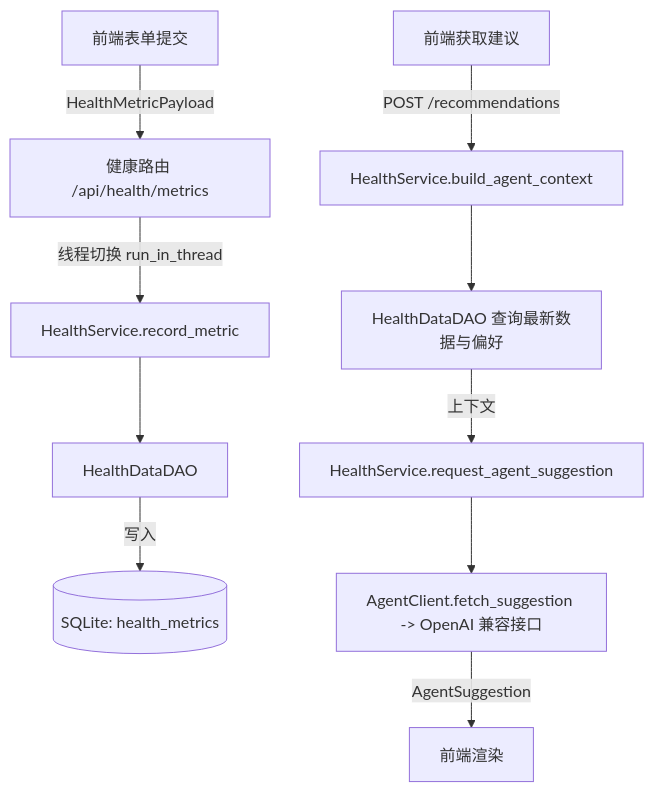
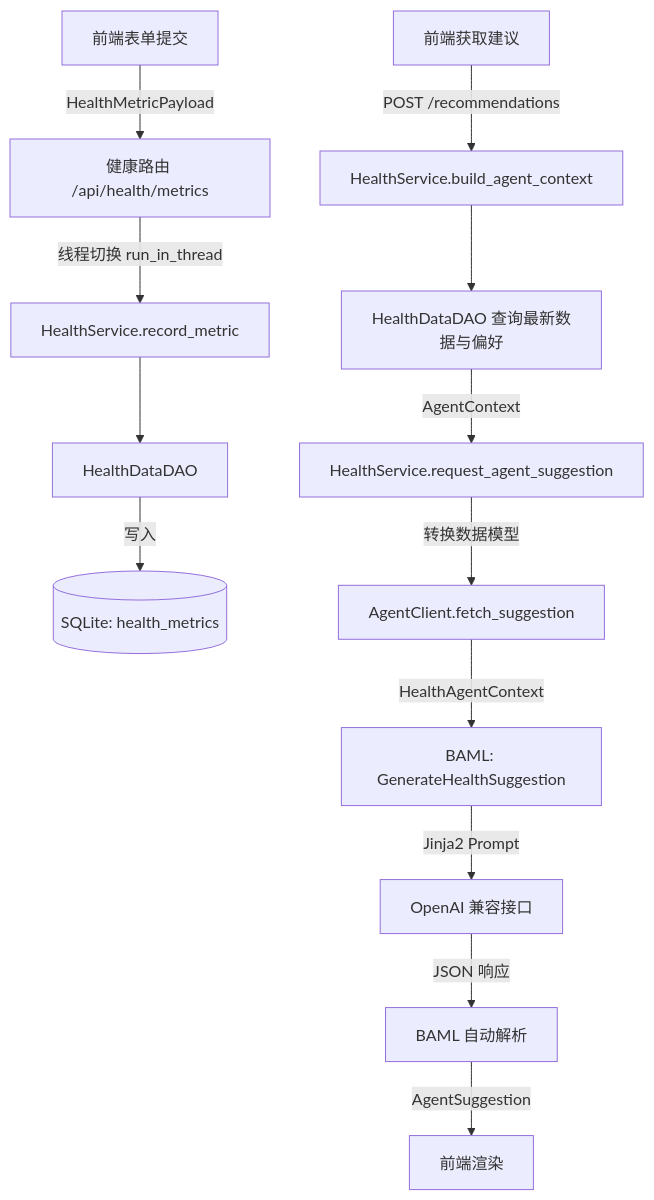
Before and after one commit to JeseKi/Health-Agent: the diagram in src/server/health_agent/README.md, drawn with Mermaid. The commit also changed other lines of this file and 26 other files, not shown here.

````diff
--- a/src/server/health_agent/README.md
+++ b/src/server/health_agent/README.md
@@ -16,12 +16,15 @@
 ```mermaid
 flowchart TD
     A[前端表单提交] -->|HealthMetricPayload| B[健康路由 /api/health/metrics]
     B -->|线程切换 run_in_thread| C[HealthService.record_metric]
     C --> D[HealthDataDAO]
     D -->|写入| E[(SQLite: health_metrics)]
     F[前端获取建议] -->|POST /recommendations| G[HealthService.build_agent_context]
     G --> H[HealthDataDAO 查询最新数据与偏好]
-    H -->|上下文| I[HealthService.request_agent_suggestion]
-    I --> J[AgentClient.fetch_suggestion -> OpenAI 兼容接口]
-    J -->|AgentSuggestion| K[前端渲染]
+    H -->|AgentContext| I[HealthService.request_agent_suggestion]
+    I -->|转换数据模型| J[AgentClient.fetch_suggestion]
+    J -->|HealthAgentContext| K[BAML: GenerateHealthSuggestion]
+    K -->|Jinja2 Prompt| L[OpenAI 兼容接口]
+    L -->|JSON 响应| M[BAML 自动解析]
+    M -->|AgentSuggestion| N[前端渲染]
 ```
````
